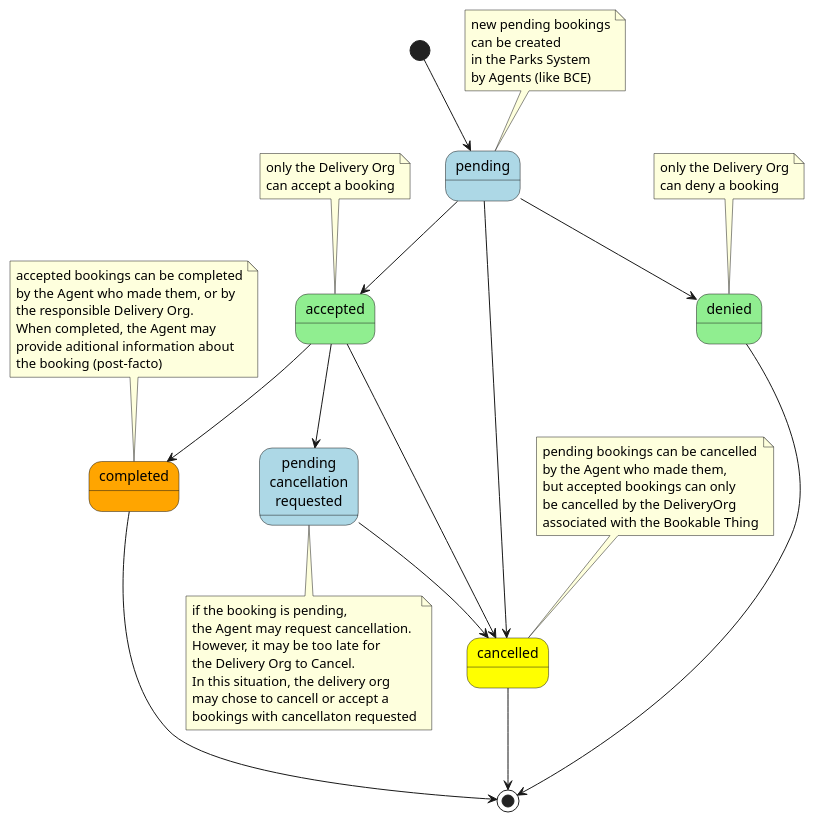
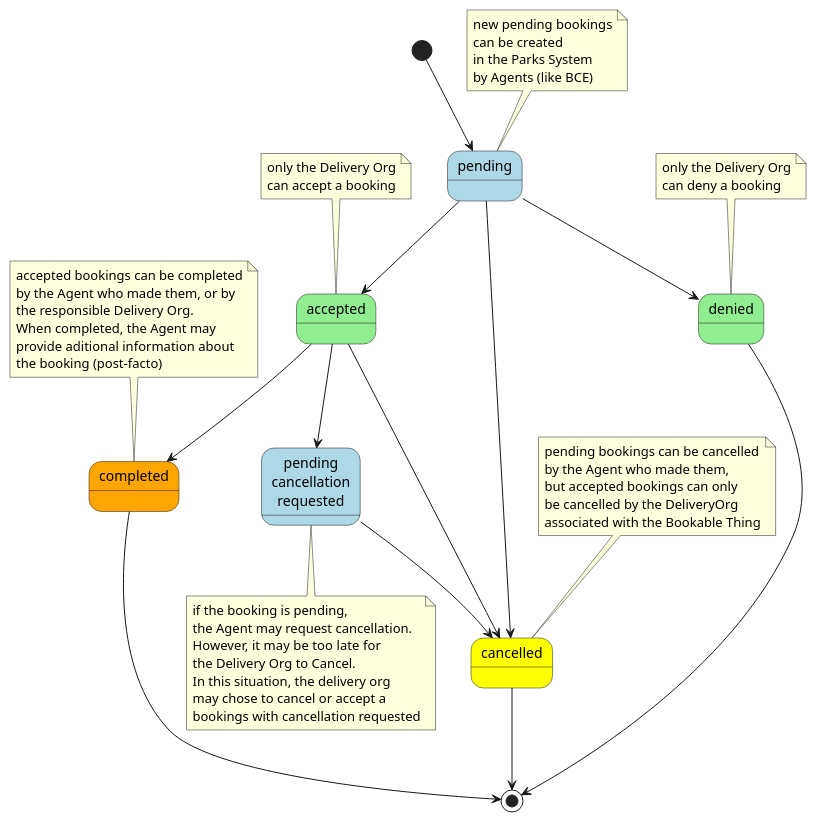
The second of 5 diagrams in design.rst (koriaf/parks-bce-integration-bookable-things), drawn with PlantUML before and after one commit. The commit also changed other lines of this file and 7 other files, not shown here.

```diff
--- a/design.rst
+++ b/design.rst
@@ -91,31 +91,31 @@
 .. uml::
 
    state pending #lightblue
    [*] --> pending
    note "new pending bookings\ncan be created\nin the Parks System\nby Agents (like BCE)" as N1
    N1 --> pending
    pending --> denied
    state denied #lightgreen
    pending --> accepted
    state cancelled #yellow
    pending --> cancelled
    accepted --> cancelled
    state completed #orange
    state accepted #lightgreen
    accepted --> completed
    note "pending bookings can be cancelled\nby the Agent who made them,\nbut accepted bookings can only\nbe cancelled by the DeliveryOrg\nassociated with the Bookable Thing" as N2
    N2 --> cancelled
    denied --> [*]
    completed --> [*]
    cancelled --> [*]
    note "accepted bookings can be completed\nby the Agent who made them, or by\nthe responsible Delivery Org.\nWhen completed, the Agent may\nprovide aditional information about\nthe booking (post-facto)" as N3
    N3 --> completed
    note "only the Delivery Org\ncan accept a booking" as N4
    N4 --> accepted
    note "only the Delivery Org\ncan deny a booking" as N5
    N5 --> denied
    state "pending\ncancellation\nrequested" as pcr #lightblue
    pcr --> cancelled
    accepted --> pcr
-   note "if the booking is pending,\nthe Agent may request cancellation.\nHowever, it may be too late for\nthe Delivery Org to Cancel.\nIn this situation, the delivery org\nmay chose to cancell or accept a\nbookings with cancellaton requested" as N6
+   note "if the booking is pending,\nthe Agent may request cancellation.\nHowever, it may be too late for\nthe Delivery Org to Cancel.\nIn this situation, the delivery org\nmay chose to cancel or accept a\nbookings with cancellation requested" as N6
    N6 -up-> pcr
```
